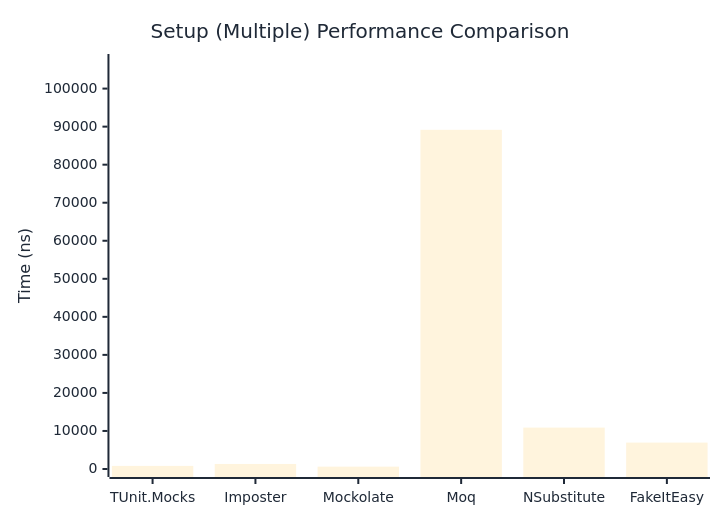
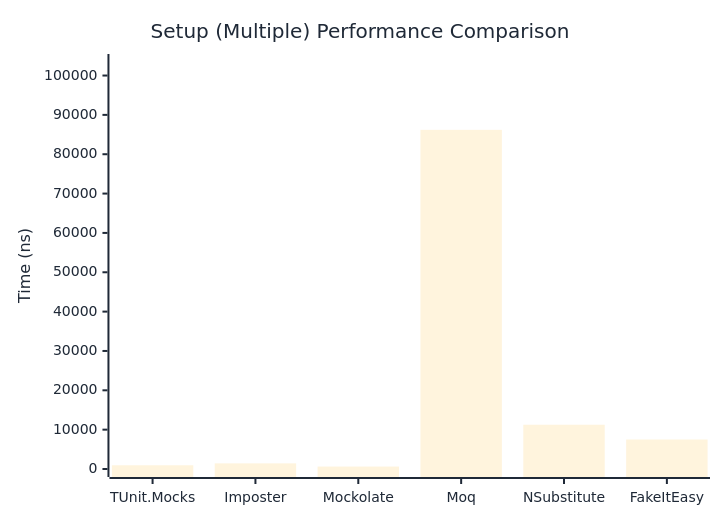
One commit to thomhurst/TUnit changed the second of 2 diagrams in docs/docs/benchmarks/mocks/Setup.md. Above: the diagram before and after it, drawn with Mermaid. The commit also changed other lines of this file and 14 other files, not shown here.

````diff
--- a/docs/docs/benchmarks/mocks/Setup.md
+++ b/docs/docs/benchmarks/mocks/Setup.md
@@ -71,27 +71,27 @@
 ```mermaid
 %%{init: {
   'theme':'base',
   'themeVariables': {
     'primaryColor': '#2563eb',
     'primaryTextColor': '#1f2937',
     'primaryBorderColor': '#1e40af',
     'lineColor': '#6b7280',
     'secondaryColor': '#7c3aed',
     'tertiaryColor': '#dc2626',
     'background': '#ffffff',
     'pie1': '#2563eb',
     'pie2': '#7c3aed',
     'pie3': '#dc2626',
     'pie4': '#f59e0b',
     'pie5': '#10b981',
     'pie6': '#06b6d4',
     'pie7': '#ec4899',
     'pie8': '#6366f1'
   }
 }}%%
 xychart-beta
   title "Setup (Multiple) Performance Comparison"
   x-axis ["TUnit.Mocks", "Imposter", "Mockolate", "Moq", "NSubstitute", "FakeItEasy"]
-  y-axis "Time (ns)" 0 --> 106991
-  bar [811.6, 1327.6, 617, 89159.1, 10883.1, 6939.3]
+  y-axis "Time (ns)" 0 --> 103440
+  bar [948.2, 1432.8, 618, 86199.4, 11248.5, 7494.7]
 ```
````
